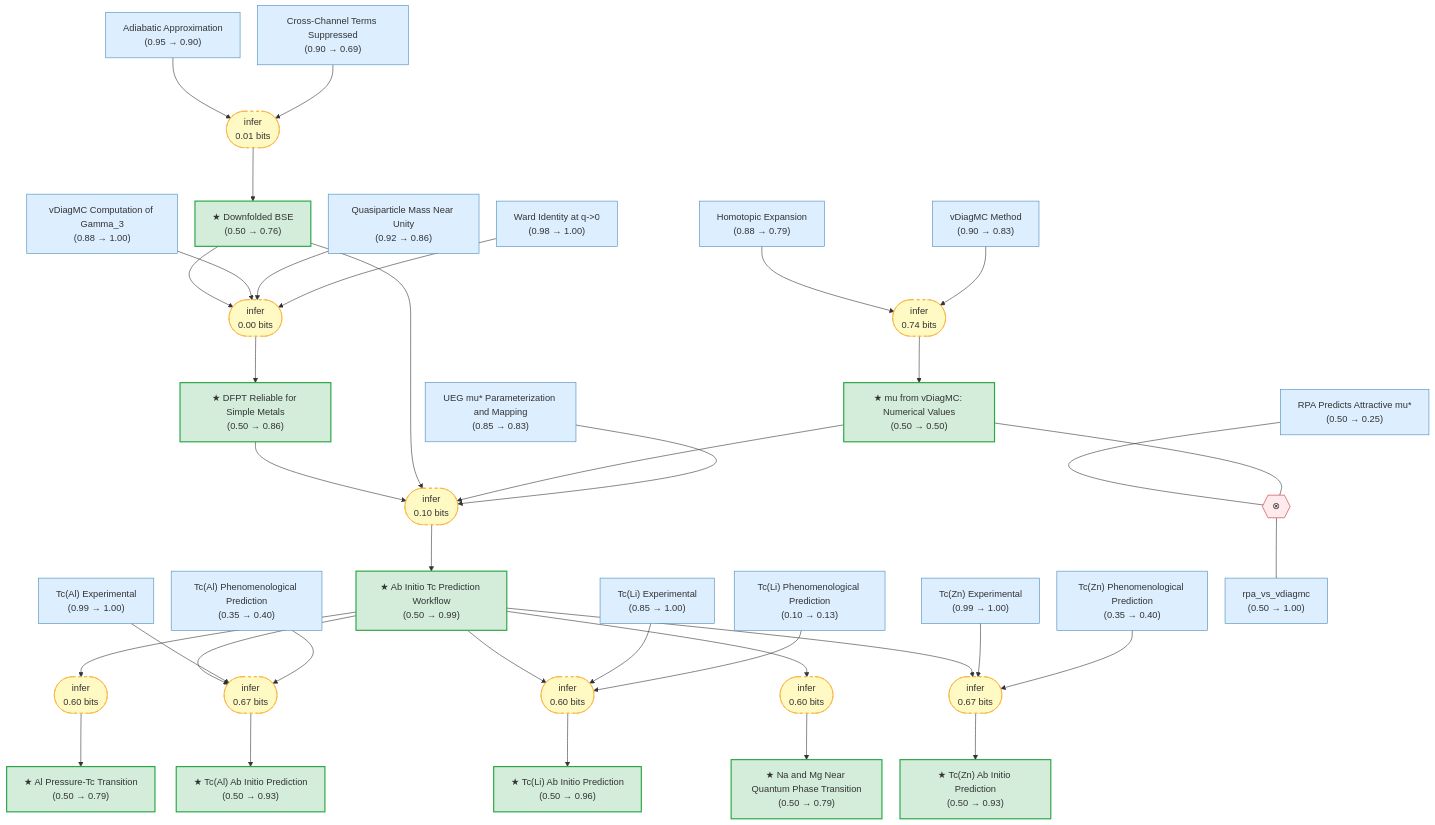
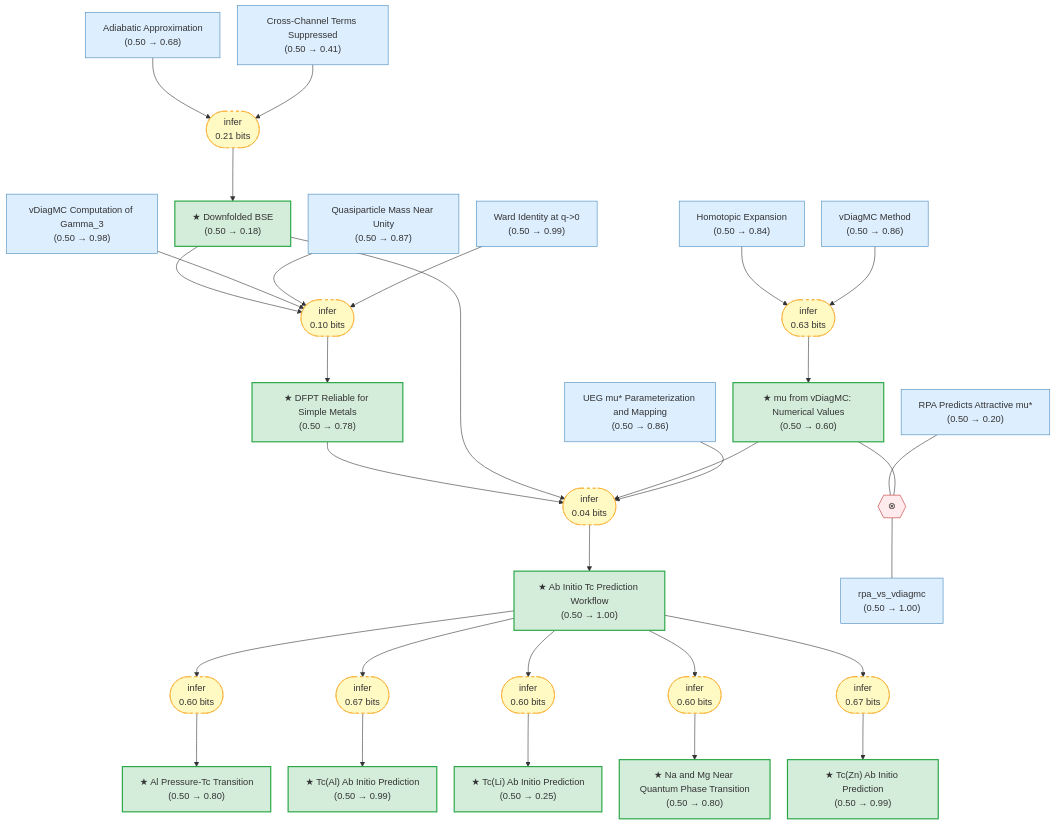
Before and after one commit to kunyuan/SuperconductivityElectronLiquids.gaia: the diagram in .github-output/README.md, drawn with Mermaid. The commit also changed other lines of this file and 21 other files, not shown here.

```diff
--- a/.github-output/README.md
+++ b/.github-output/README.md
@@ -20,69 +20,57 @@
     nodeSpacing: 30
 ---
 graph TB
-    adiabatic_approx["Adiabatic Approximation\n(0.95 → 0.90)"]:::premise
-    tc_al_experimental["Tc(Al) Experimental\n(0.99 → 1.00)"]:::premise
-    tc_li_experimental["Tc(Li) Experimental\n(0.85 → 1.00)"]:::premise
-    tc_zn_experimental["Tc(Zn) Experimental\n(0.99 → 1.00)"]:::premise
-    tc_al_phenomenological["Tc(Al) Phenomenological Prediction\n(0.35 → 0.40)"]:::premise
-    tc_li_phenomenological["Tc(Li) Phenomenological Prediction\n(0.10 → 0.13)"]:::premise
-    tc_zn_phenomenological["Tc(Zn) Phenomenological Prediction\n(0.35 → 0.40)"]:::premise
-    cross_term_suppressed["Cross-Channel Terms Suppressed\n(0.90 → 0.69)"]:::premise
-    downfolded_bse["★ Downfolded BSE\n(0.50 → 0.76)"]:::exported
-    vdiagmc_method["vDiagMC Method\n(0.90 → 0.83)"]:::premise
-    homotopic_expansion["Homotopic Expansion\n(0.88 → 0.79)"]:::premise
-    mu_vdiagmc_values["★ mu from vDiagMC: Numerical Values\n(0.50 → 0.50)"]:::exported
-    ward_identity["Ward Identity at q->0\n(0.98 → 1.00)"]:::premise
-    gamma3_vdiagmc["vDiagMC Computation of Gamma_3\n(0.88 → 1.00)"]:::premise
-    quasiparticle_mass_near_unity["Quasiparticle Mass Near Unity\n(0.92 → 0.86)"]:::premise
-    dfpt_reliable_for_simple_metals["★ DFPT Reliable for Simple Metals\n(0.50 → 0.86)"]:::exported
-    ueg_pseudopotential_parameterization["UEG mu#ast; Parameterization and Mapping\n(0.85 → 0.83)"]:::premise
-    ab_initio_workflow["★ Ab Initio Tc Prediction Workflow\n(0.50 → 0.99)"]:::exported
-    tc_al_predicted["★ Tc(Al) Ab Initio Prediction\n(0.50 → 0.93)"]:::exported
-    tc_zn_predicted["★ Tc(Zn) Ab Initio Prediction\n(0.50 → 0.93)"]:::exported
-    tc_li_predicted["★ Tc(Li) Ab Initio Prediction\n(0.50 → 0.96)"]:::exported
-    al_pressure_transition["★ Al Pressure-Tc Transition\n(0.50 → 0.79)"]:::exported
-    tc_mg_na_near_qpt["★ Na and Mg Near Quantum Phase Transition\n(0.50 → 0.79)"]:::exported
-    rpa_predicts_attractive_mu["RPA Predicts Attractive mu#ast;\n(0.50 → 0.25)"]:::premise
+    adiabatic_approx["Adiabatic Approximation\n(0.50 → 0.68)"]:::premise
+    cross_term_suppressed["Cross-Channel Terms Suppressed\n(0.50 → 0.41)"]:::premise
+    downfolded_bse["★ Downfolded BSE\n(0.50 → 0.18)"]:::exported
+    vdiagmc_method["vDiagMC Method\n(0.50 → 0.86)"]:::premise
+    homotopic_expansion["Homotopic Expansion\n(0.50 → 0.84)"]:::premise
+    mu_vdiagmc_values["★ mu from vDiagMC: Numerical Values\n(0.50 → 0.60)"]:::exported
+    ward_identity["Ward Identity at q->0\n(0.50 → 0.99)"]:::premise
+    gamma3_vdiagmc["vDiagMC Computation of Gamma_3\n(0.50 → 0.98)"]:::premise
+    quasiparticle_mass_near_unity["Quasiparticle Mass Near Unity\n(0.50 → 0.87)"]:::premise
+    dfpt_reliable_for_simple_metals["★ DFPT Reliable for Simple Metals\n(0.50 → 0.78)"]:::exported
+    ueg_pseudopotential_parameterization["UEG mu#ast; Parameterization and Mapping\n(0.50 → 0.86)"]:::premise
+    ab_initio_workflow["★ Ab Initio Tc Prediction Workflow\n(0.50 → 1.00)"]:::exported
+    tc_al_predicted["★ Tc(Al) Ab Initio Prediction\n(0.50 → 0.99)"]:::exported
+    tc_zn_predicted["★ Tc(Zn) Ab Initio Prediction\n(0.50 → 0.99)"]:::exported
+    tc_li_predicted["★ Tc(Li) Ab Initio Prediction\n(0.50 → 0.25)"]:::exported
+    al_pressure_transition["★ Al Pressure-Tc Transition\n(0.50 → 0.80)"]:::exported
+    tc_mg_na_near_qpt["★ Na and Mg Near Quantum Phase Transition\n(0.50 → 0.80)"]:::exported
     rpa_vs_vdiagmc["rpa_vs_vdiagmc\n(0.50 → 1.00)"]:::premise
+    rpa_predicts_attractive_mu["RPA Predicts Attractive mu#ast;\n(0.50 → 0.20)"]:::premise
     strat_0(["infer\n0.60 bits"]):::weak
     ab_initio_workflow --> strat_0
     strat_0 --> al_pressure_transition
     strat_1(["infer\n0.67 bits"]):::weak
     ab_initio_workflow --> strat_1
-    tc_al_experimental --> strat_1
-    tc_al_phenomenological --> strat_1
     strat_1 --> tc_al_predicted
     strat_2(["infer\n0.60 bits"]):::weak
     ab_initio_workflow --> strat_2
-    tc_li_experimental --> strat_2
-    tc_li_phenomenological --> strat_2
     strat_2 --> tc_li_predicted
     strat_3(["infer\n0.60 bits"]):::weak
     ab_initio_workflow --> strat_3
     strat_3 --> tc_mg_na_near_qpt
     strat_4(["infer\n0.67 bits"]):::weak
     ab_initio_workflow --> strat_4
-    tc_zn_experimental --> strat_4
-    tc_zn_phenomenological --> strat_4
     strat_4 --> tc_zn_predicted
-    strat_5(["infer\n0.01 bits"]):::weak
+    strat_5(["infer\n0.21 bits"]):::weak
     adiabatic_approx --> strat_5
     cross_term_suppressed --> strat_5
     strat_5 --> downfolded_bse
-    strat_6(["infer\n0.10 bits"]):::weak
+    strat_6(["infer\n0.04 bits"]):::weak
     dfpt_reliable_for_simple_metals --> strat_6
     downfolded_bse --> strat_6
     mu_vdiagmc_values --> strat_6
     ueg_pseudopotential_parameterization --> strat_6
     strat_6 --> ab_initio_workflow
-    strat_7(["infer\n0.00 bits"]):::weak
+    strat_7(["infer\n0.10 bits"]):::weak
     downfolded_bse --> strat_7
     gamma3_vdiagmc --> strat_7
     quasiparticle_mass_near_unity --> strat_7
     ward_identity --> strat_7
     strat_7 --> dfpt_reliable_for_simple_metals
-    strat_8(["infer\n0.74 bits"]):::weak
+    strat_8(["infer\n0.63 bits"]):::weak
     homotopic_expansion --> strat_8
     vdiagmc_method --> strat_8
     strat_8 --> mu_vdiagmc_values
```
